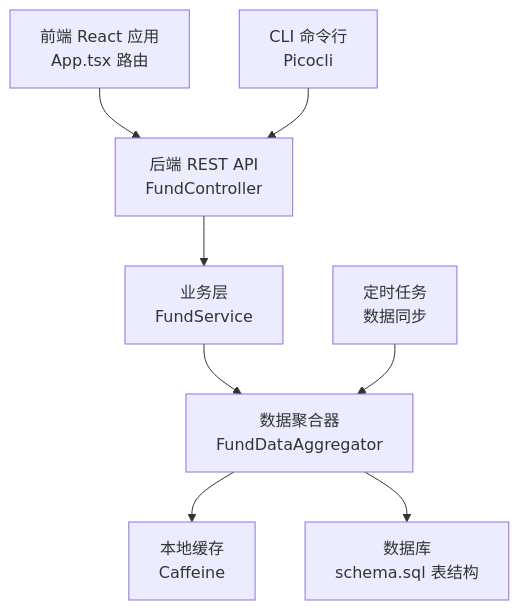
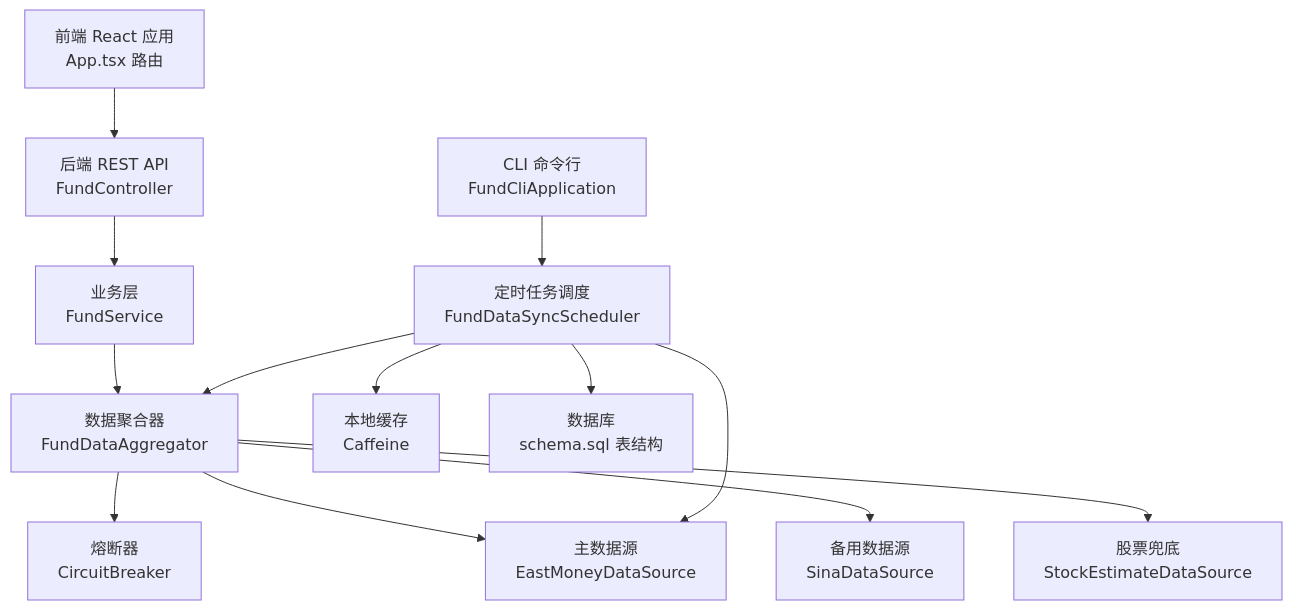
The second of 7 diagrams in .qoder/repowiki/zh/content/Agents Maintenance.md (gree-coder/fund-butler), drawn with Mermaid before and after one commit. The commit also changed other lines of this file and 7 other files, not shown here.

Commit message:
fix: 修复收益趋势图全0问题，实现历史收益计算逻辑

````diff
--- a/.qoder/repowiki/zh/content/Agents Maintenance.md
+++ b/.qoder/repowiki/zh/content/Agents Maintenance.md
@@ -105,18 +145,27 @@
 ```mermaid
 graph TB
 FE["前端 React 应用<br/>App.tsx 路由"]
 API["后端 REST API<br/>FundController"]
 SVC_LAYER["业务层<br/>FundService"]
 AGG["数据聚合器<br/>FundDataAggregator"]
+SCHED["定时任务调度<br/>FundDataSyncScheduler"]
+CLI["CLI 命令行<br/>FundCliApplication"]
+CB["熔断器<br/>CircuitBreaker"]
+EM["主数据源<br/>EastMoneyDataSource"]
+SINA["备用数据源<br/>SinaDataSource"]
+STOCK["股票兜底<br/>StockEstimateDataSource"]
+CACHE["本地缓存<br/>Caffeine"]
 DB["数据库<br/>schema.sql 表结构"]
-CACHE["本地缓存<br/>Caffeine"]
-SCHED["定时任务<br/>数据同步"]
-CLI["CLI 命令行<br/>Picocli"]
 FE --> API
 API --> SVC_LAYER
 SVC_LAYER --> AGG
-AGG --> CACHE
-AGG --> DB
+AGG --> CB
+AGG --> EM
+AGG --> SINA
+AGG --> STOCK
+SCHED --> EM
 SCHED --> AGG
-CLI --> API
+CLI --> SCHED
+SCHED --> CACHE
+SCHED --> DB
 ```
````
